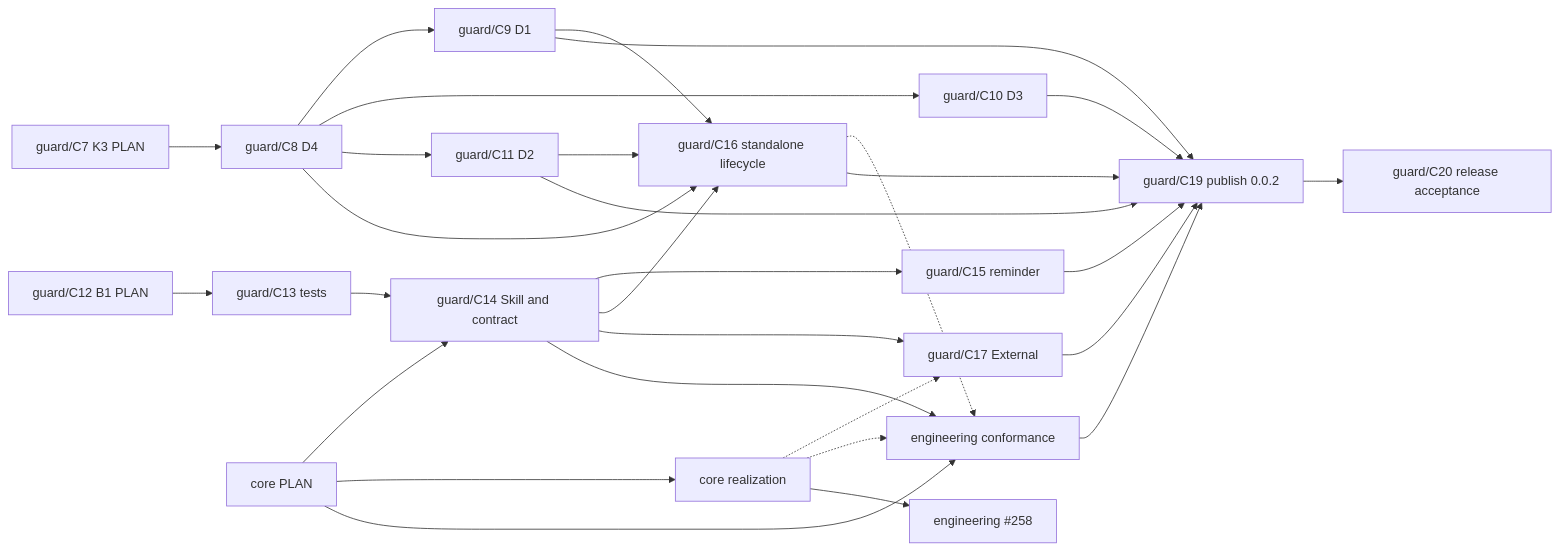
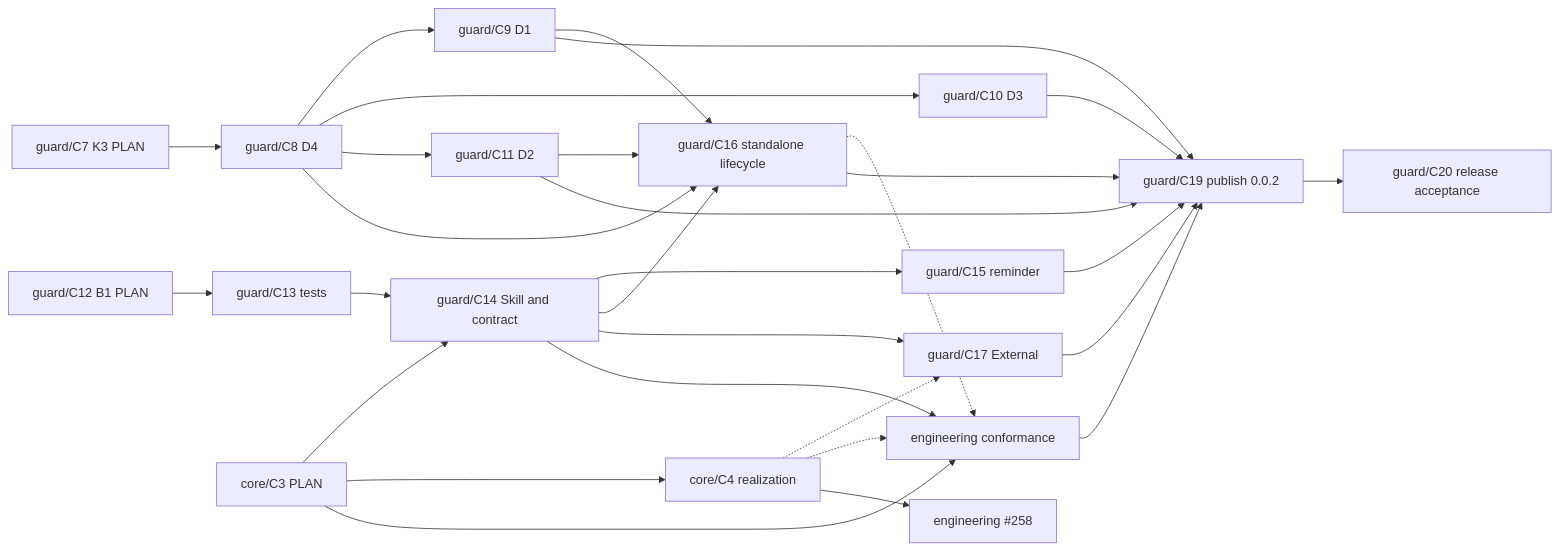
Before and after one commit to Kai-Hacks-AI/KAAL: the diagram in engineering/guard/change.md, drawn with Mermaid. The commit also changed other lines of this file and 2 other files, not shown here.

Commit message:
Use Core's allocated identities core/C3, core/C4 and core/T1 (guard/C12)

````diff
--- a/engineering/guard/change.md
+++ b/engineering/guard/change.md
@@ -98,31 +98,31 @@
 ```mermaid
 graph LR
   C7[guard/C7 K3 PLAN] --> C8[guard/C8 D4]
   C8 --> C9[guard/C9 D1]
   C8 --> C10[guard/C10 D3]
   C8 --> C11[guard/C11 D2]
   C12[guard/C12 B1 PLAN] --> C13[guard/C13 tests]
   C13 --> C14[guard/C14 Skill and contract]
-  CP[core PLAN] --> C14
+  CP[core/C3 PLAN] --> C14
   C14 --> C15[guard/C15 reminder]
   C14 --> C16[guard/C16 standalone lifecycle]
   C8 --> C16
   C9 --> C16
   C11 --> C16
   C14 --> C17[guard/C17 External]
-  CP --> CR[core realization]
+  CP --> CR[core/C4 realization]
   CR -.-> C17
   C14 --> EC[engineering conformance]
   CP --> EC
   C16 -.-> EC
   CR -.-> EC
   CR --> EA[engineering #258]
   C9 --> C19[guard/C19 publish 0.0.2]
   C10 --> C19
   C11 --> C19
   C15 --> C19
   C16 --> C19
   C17 --> C19
   EC --> C19
   C19 --> C20[guard/C20 release acceptance]
 ```
````
